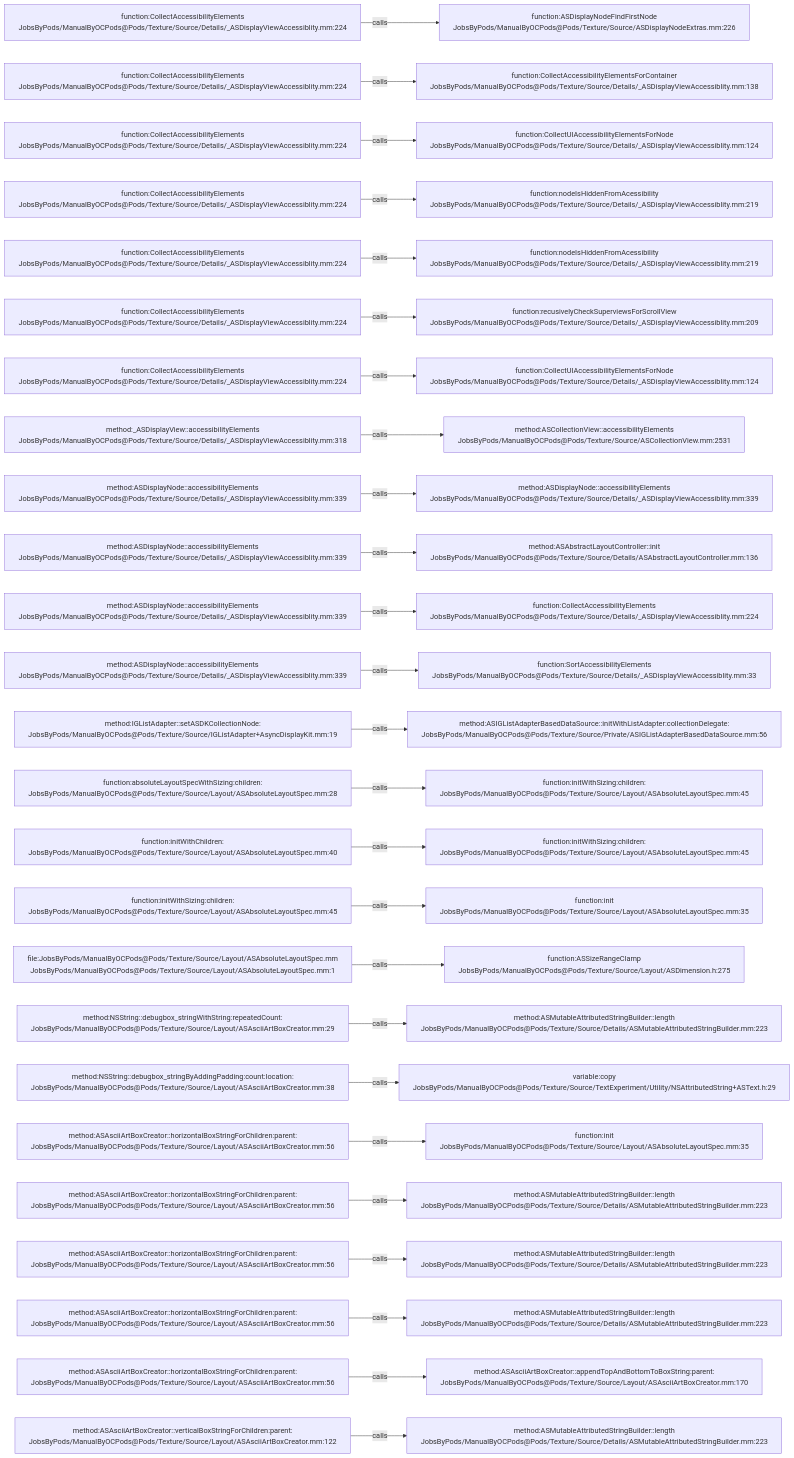
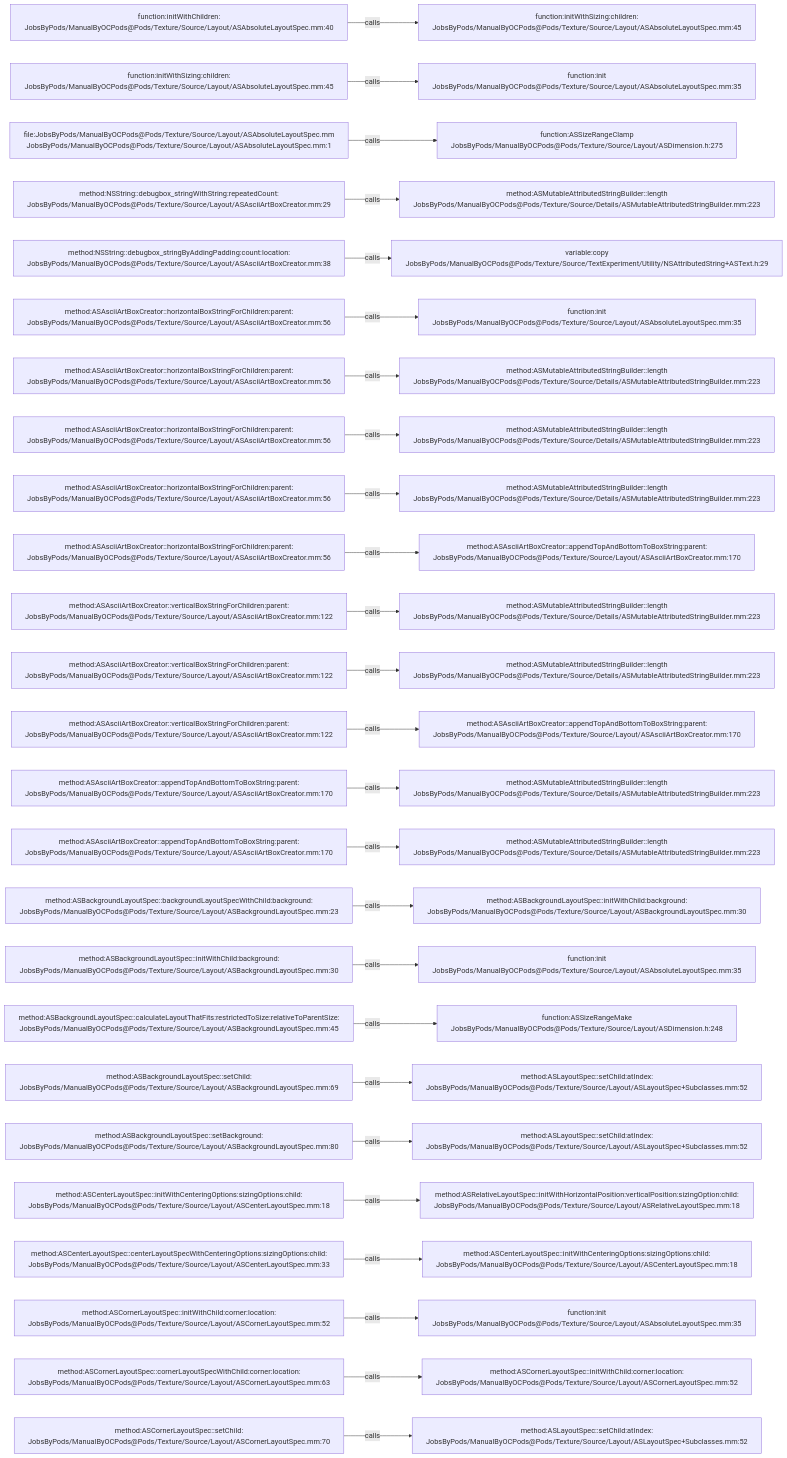
One commit to JobsKits/JobsOCBaseConfigDemo changed the diagram in .codegraph/codegraph.md/graphs/calls-176.md. Above: the diagram before and after it, drawn with Mermaid. The commit also changed 296 other files, not shown here.

````diff
--- a/.codegraph/codegraph.md/graphs/calls-176.md
+++ b/.codegraph/codegraph.md/graphs/calls-176.md
@@ -13,78 +13,78 @@
 ```mermaid
 flowchart LR
-  S1["function:CollectAccessibilityElements<br/>JobsByPods/ManualByOCPods@Pods/Texture/Source/Details/_ASDisplayViewAccessiblity.mm:224"]
-  T1["function:ASDisplayNodeFindFirstNode<br/>JobsByPods/ManualByOCPods@Pods/Texture/Source/ASDisplayNodeExtras.mm:226"]
+  S1["function:initWithChildren:<br/>JobsByPods/ManualByOCPods@Pods/Texture/Source/Layout/ASAbsoluteLayoutSpec.mm:40"]
+  T1["function:initWithSizing:children:<br/>JobsByPods/ManualByOCPods@Pods/Texture/Source/Layout/ASAbsoluteLayoutSpec.mm:45"]
   S1 -->|calls| T1
-  S2["function:CollectAccessibilityElements<br/>JobsByPods/ManualByOCPods@Pods/Texture/Source/Details/_ASDisplayViewAccessiblity.mm:224"]
-  T2["function:CollectAccessibilityElementsForContainer<br/>JobsByPods/ManualByOCPods@Pods/Texture/Source/Details/_ASDisplayViewAccessiblity.mm:138"]
+  S2["function:initWithSizing:children:<br/>JobsByPods/ManualByOCPods@Pods/Texture/Source/Layout/ASAbsoluteLayoutSpec.mm:45"]
+  T2["function:init<br/>JobsByPods/ManualByOCPods@Pods/Texture/Source/Layout/ASAbsoluteLayoutSpec.mm:35"]
   S2 -->|calls| T2
-  S3["function:CollectAccessibilityElements<br/>JobsByPods/ManualByOCPods@Pods/Texture/Source/Details/_ASDisplayViewAccessiblity.mm:224"]
-  T3["function:CollectUIAccessibilityElementsForNode<br/>JobsByPods/ManualByOCPods@Pods/Texture/Source/Details/_ASDisplayViewAccessiblity.mm:124"]
+  S3["file:JobsByPods/ManualByOCPods@Pods/Texture/Source/Layout/ASAbsoluteLayoutSpec.mm<br/>JobsByPods/ManualByOCPods@Pods/Texture/Source/Layout/ASAbsoluteLayoutSpec.mm:1"]
+  T3["function:ASSizeRangeClamp<br/>JobsByPods/ManualByOCPods@Pods/Texture/Source/Layout/ASDimension.h:275"]
   S3 -->|calls| T3
-  S4["function:CollectAccessibilityElements<br/>JobsByPods/ManualByOCPods@Pods/Texture/Source/Details/_ASDisplayViewAccessiblity.mm:224"]
-  T4["function:nodeIsHiddenFromAcessibility<br/>JobsByPods/ManualByOCPods@Pods/Texture/Source/Details/_ASDisplayViewAccessiblity.mm:219"]
+  S4["method:NSString::debugbox_stringWithString:repeatedCount:<br/>JobsByPods/ManualByOCPods@Pods/Texture/Source/Layout/ASAsciiArtBoxCreator.mm:29"]
+  T4["method:ASMutableAttributedStringBuilder::length<br/>JobsByPods/ManualByOCPods@Pods/Texture/Source/Details/ASMutableAttributedStringBuilder.mm:223"]
   S4 -->|calls| T4
-  S5["function:CollectAccessibilityElements<br/>JobsByPods/ManualByOCPods@Pods/Texture/Source/Details/_ASDisplayViewAccessiblity.mm:224"]
-  T5["function:nodeIsHiddenFromAcessibility<br/>JobsByPods/ManualByOCPods@Pods/Texture/Source/Details/_ASDisplayViewAccessiblity.mm:219"]
+  S5["method:NSString::debugbox_stringByAddingPadding:count:location:<br/>JobsByPods/ManualByOCPods@Pods/Texture/Source/Layout/ASAsciiArtBoxCreator.mm:38"]
+  T5["variable:copy<br/>JobsByPods/ManualByOCPods@Pods/Texture/Source/TextExperiment/Utility/NSAttributedString+ASText.h:29"]
   S5 -->|calls| T5
-  S6["function:CollectAccessibilityElements<br/>JobsByPods/ManualByOCPods@Pods/Texture/Source/Details/_ASDisplayViewAccessiblity.mm:224"]
-  T6["function:recusivelyCheckSuperviewsForScrollView<br/>JobsByPods/ManualByOCPods@Pods/Texture/Source/Details/_ASDisplayViewAccessiblity.mm:209"]
+  S6["method:ASAsciiArtBoxCreator::horizontalBoxStringForChildren:parent:<br/>JobsByPods/ManualByOCPods@Pods/Texture/Source/Layout/ASAsciiArtBoxCreator.mm:56"]
+  T6["function:init<br/>JobsByPods/ManualByOCPods@Pods/Texture/Source/Layout/ASAbsoluteLayoutSpec.mm:35"]
   S6 -->|calls| T6
-  S7["function:CollectAccessibilityElements<br/>JobsByPods/ManualByOCPods@Pods/Texture/Source/Details/_ASDisplayViewAccessiblity.mm:224"]
-  T7["function:CollectUIAccessibilityElementsForNode<br/>JobsByPods/ManualByOCPods@Pods/Texture/Source/Details/_ASDisplayViewAccessiblity.mm:124"]
+  S7["method:ASAsciiArtBoxCreator::horizontalBoxStringForChildren:parent:<br/>JobsByPods/ManualByOCPods@Pods/Texture/Source/Layout/ASAsciiArtBoxCreator.mm:56"]
+  T7["method:ASMutableAttributedStringBuilder::length<br/>JobsByPods/ManualByOCPods@Pods/Texture/Source/Details/ASMutableAttributedStringBuilder.mm:223"]
   S7 -->|calls| T7
-  S8["method:_ASDisplayView::accessibilityElements<br/>JobsByPods/ManualByOCPods@Pods/Texture/Source/Details/_ASDisplayViewAccessiblity.mm:318"]
-  T8["method:ASCollectionView::accessibilityElements<br/>JobsByPods/ManualByOCPods@Pods/Texture/Source/ASCollectionView.mm:2531"]
+  S8["method:ASAsciiArtBoxCreator::horizontalBoxStringForChildren:parent:<br/>JobsByPods/ManualByOCPods@Pods/Texture/Source/Layout/ASAsciiArtBoxCreator.mm:56"]
+  T8["method:ASMutableAttributedStringBuilder::length<br/>JobsByPods/ManualByOCPods@Pods/Texture/Source/Details/ASMutableAttributedStringBuilder.mm:223"]
   S8 -->|calls| T8
-  S9["method:ASDisplayNode::accessibilityElements<br/>JobsByPods/ManualByOCPods@Pods/Texture/Source/Details/_ASDisplayViewAccessiblity.mm:339"]
-  T9["method:ASDisplayNode::accessibilityElements<br/>JobsByPods/ManualByOCPods@Pods/Texture/Source/Details/_ASDisplayViewAccessiblity.mm:339"]
+  S9["method:ASAsciiArtBoxCreator::horizontalBoxStringForChildren:parent:<br/>JobsByPods/ManualByOCPods@Pods/Texture/Source/Layout/ASAsciiArtBoxCreator.mm:56"]
+  T9["method:ASMutableAttributedStringBuilder::length<br/>JobsByPods/ManualByOCPods@Pods/Texture/Source/Details/ASMutableAttributedStringBuilder.mm:223"]
   S9 -->|calls| T9
-  S10["method:ASDisplayNode::accessibilityElements<br/>JobsByPods/ManualByOCPods@Pods/Texture/Source/Details/_ASDisplayViewAccessiblity.mm:339"]
-  T10["method:ASAbstractLayoutController::init<br/>JobsByPods/ManualByOCPods@Pods/Texture/Source/Details/ASAbstractLayoutController.mm:136"]
+  S10["method:ASAsciiArtBoxCreator::horizontalBoxStringForChildren:parent:<br/>JobsByPods/ManualByOCPods@Pods/Texture/Source/Layout/ASAsciiArtBoxCreator.mm:56"]
+  T10["method:ASAsciiArtBoxCreator::appendTopAndBottomToBoxString:parent:<br/>JobsByPods/ManualByOCPods@Pods/Texture/Source/Layout/ASAsciiArtBoxCreator.mm:170"]
   S10 -->|calls| T10
-  S11["method:ASDisplayNode::accessibilityElements<br/>JobsByPods/ManualByOCPods@Pods/Texture/Source/Details/_ASDisplayViewAccessiblity.mm:339"]
-  T11["function:CollectAccessibilityElements<br/>JobsByPods/ManualByOCPods@Pods/Texture/Source/Details/_ASDisplayViewAccessiblity.mm:224"]
+  S11["method:ASAsciiArtBoxCreator::verticalBoxStringForChildren:parent:<br/>JobsByPods/ManualByOCPods@Pods/Texture/Source/Layout/ASAsciiArtBoxCreator.mm:122"]
+  T11["method:ASMutableAttributedStringBuilder::length<br/>JobsByPods/ManualByOCPods@Pods/Texture/Source/Details/ASMutableAttributedStringBuilder.mm:223"]
   S11 -->|calls| T11
-  S12["method:ASDisplayNode::accessibilityElements<br/>JobsByPods/ManualByOCPods@Pods/Texture/Source/Details/_ASDisplayViewAccessiblity.mm:339"]
-  T12["function:SortAccessibilityElements<br/>JobsByPods/ManualByOCPods@Pods/Texture/Source/Details/_ASDisplayViewAccessiblity.mm:33"]
+  S12["method:ASAsciiArtBoxCreator::verticalBoxStringForChildren:parent:<br/>JobsByPods/ManualByOCPods@Pods/Texture/Source/Layout/ASAsciiArtBoxCreator.mm:122"]
+  T12["method:ASMutableAttributedStringBuilder::length<br/>JobsByPods/ManualByOCPods@Pods/Texture/Source/Details/ASMutableAttributedStringBuilder.mm:223"]
   S12 -->|calls| T12
-  S13["method:IGListAdapter::setASDKCollectionNode:<br/>JobsByPods/ManualByOCPods@Pods/Texture/Source/IGListAdapter+AsyncDisplayKit.mm:19"]
-  T13["method:ASIGListAdapterBasedDataSource::initWithListAdapter:collectionDelegate:<br/>JobsByPods/ManualByOCPods@Pods/Texture/Source/Private/ASIGListAdapterBasedDataSource.mm:56"]
+  S13["method:ASAsciiArtBoxCreator::verticalBoxStringForChildren:parent:<br/>JobsByPods/ManualByOCPods@Pods/Texture/Source/Layout/ASAsciiArtBoxCreator.mm:122"]
+  T13["method:ASAsciiArtBoxCreator::appendTopAndBottomToBoxString:parent:<br/>JobsByPods/ManualByOCPods@Pods/Texture/Source/Layout/ASAsciiArtBoxCreator.mm:170"]
   S13 -->|calls| T13
-  S14["function:absoluteLayoutSpecWithSizing:children:<br/>JobsByPods/ManualByOCPods@Pods/Texture/Source/Layout/ASAbsoluteLayoutSpec.mm:28"]
-  T14["function:initWithSizing:children:<br/>JobsByPods/ManualByOCPods@Pods/Texture/Source/Layout/ASAbsoluteLayoutSpec.mm:45"]
+  S14["method:ASAsciiArtBoxCreator::appendTopAndBottomToBoxString:parent:<br/>JobsByPods/ManualByOCPods@Pods/Texture/Source/Layout/ASAsciiArtBoxCreator.mm:170"]
+  T14["method:ASMutableAttributedStringBuilder::length<br/>JobsByPods/ManualByOCPods@Pods/Texture/Source/Details/ASMutableAttributedStringBuilder.mm:223"]
   S14 -->|calls| T14
-  S15["function:initWithChildren:<br/>JobsByPods/ManualByOCPods@Pods/Texture/Source/Layout/ASAbsoluteLayoutSpec.mm:40"]
-  T15["function:initWithSizing:children:<br/>JobsByPods/ManualByOCPods@Pods/Texture/Source/Layout/ASAbsoluteLayoutSpec.mm:45"]
+  S15["method:ASAsciiArtBoxCreator::appendTopAndBottomToBoxString:parent:<br/>JobsByPods/ManualByOCPods@Pods/Texture/Source/Layout/ASAsciiArtBoxCreator.mm:170"]
+  T15["method:ASMutableAttributedStringBuilder::length<br/>JobsByPods/ManualByOCPods@Pods/Texture/Source/Details/ASMutableAttributedStringBuilder.mm:223"]
   S15 -->|calls| T15
-  S16["function:initWithSizing:children:<br/>JobsByPods/ManualByOCPods@Pods/Texture/Source/Layout/ASAbsoluteLayoutSpec.mm:45"]
-  T16["function:init<br/>JobsByPods/ManualByOCPods@Pods/Texture/Source/Layout/ASAbsoluteLayoutSpec.mm:35"]
+  S16["method:ASBackgroundLayoutSpec::backgroundLayoutSpecWithChild:background:<br/>JobsByPods/ManualByOCPods@Pods/Texture/Source/Layout/ASBackgroundLayoutSpec.mm:23"]
+  T16["method:ASBackgroundLayoutSpec::initWithChild:background:<br/>JobsByPods/ManualByOCPods@Pods/Texture/Source/Layout/ASBackgroundLayoutSpec.mm:30"]
   S16 -->|calls| T16
-  S17["file:JobsByPods/ManualByOCPods@Pods/Texture/Source/Layout/ASAbsoluteLayoutSpec.mm<br/>JobsByPods/ManualByOCPods@Pods/Texture/Source/Layout/ASAbsoluteLayoutSpec.mm:1"]
-  T17["function:ASSizeRangeClamp<br/>JobsByPods/ManualByOCPods@Pods/Texture/Source/Layout/ASDimension.h:275"]
+  S17["method:ASBackgroundLayoutSpec::initWithChild:background:<br/>JobsByPods/ManualByOCPods@Pods/Texture/Source/Layout/ASBackgroundLayoutSpec.mm:30"]
+  T17["function:init<br/>JobsByPods/ManualByOCPods@Pods/Texture/Source/Layout/ASAbsoluteLayoutSpec.mm:35"]
   S17 -->|calls| T17
-  S18["method:NSString::debugbox_stringWithString:repeatedCount:<br/>JobsByPods/ManualByOCPods@Pods/Texture/Source/Layout/ASAsciiArtBoxCreator.mm:29"]
-  T18["method:ASMutableAttributedStringBuilder::length<br/>JobsByPods/ManualByOCPods@Pods/Texture/Source/Details/ASMutableAttributedStringBuilder.mm:223"]
+  S18["method:ASBackgroundLayoutSpec::calculateLayoutThatFits:restrictedToSize:relativeToParentSize:<br/>JobsByPods/ManualByOCPods@Pods/Texture/Source/Layout/ASBackgroundLayoutSpec.mm:45"]
+  T18["function:ASSizeRangeMake<br/>JobsByPods/ManualByOCPods@Pods/Texture/Source/Layout/ASDimension.h:248"]
   S18 -->|calls| T18
-  S19["method:NSString::debugbox_stringByAddingPadding:count:location:<br/>JobsByPods/ManualByOCPods@Pods/Texture/Source/Layout/ASAsciiArtBoxCreator.mm:38"]
-  T19["variable:copy<br/>JobsByPods/ManualByOCPods@Pods/Texture/Source/TextExperiment/Utility/NSAttributedString+ASText.h:29"]
+  S19["method:ASBackgroundLayoutSpec::setChild:<br/>JobsByPods/ManualByOCPods@Pods/Texture/Source/Layout/ASBackgroundLayoutSpec.mm:69"]
+  T19["method:ASLayoutSpec::setChild:atIndex:<br/>JobsByPods/ManualByOCPods@Pods/Texture/Source/Layout/ASLayoutSpec+Subclasses.mm:52"]
   S19 -->|calls| T19
-  S20["method:ASAsciiArtBoxCreator::horizontalBoxStringForChildren:parent:<br/>JobsByPods/ManualByOCPods@Pods/Texture/Source/Layout/ASAsciiArtBoxCreator.mm:56"]
-  T20["function:init<br/>JobsByPods/ManualByOCPods@Pods/Texture/Source/Layout/ASAbsoluteLayoutSpec.mm:35"]
+  S20["method:ASBackgroundLayoutSpec::setBackground:<br/>JobsByPods/ManualByOCPods@Pods/Texture/Source/Layout/ASBackgroundLayoutSpec.mm:80"]
+  T20["method:ASLayoutSpec::setChild:atIndex:<br/>JobsByPods/ManualByOCPods@Pods/Texture/Source/Layout/ASLayoutSpec+Subclasses.mm:52"]
   S20 -->|calls| T20
-  S21["method:ASAsciiArtBoxCreator::horizontalBoxStringForChildren:parent:<br/>JobsByPods/ManualByOCPods@Pods/Texture/Source/Layout/ASAsciiArtBoxCreator.mm:56"]
-  T21["method:ASMutableAttributedStringBuilder::length<br/>JobsByPods/ManualByOCPods@Pods/Texture/Source/Details/ASMutableAttributedStringBuilder.mm:223"]
+  S21["method:ASCenterLayoutSpec::initWithCenteringOptions:sizingOptions:child:<br/>JobsByPods/ManualByOCPods@Pods/Texture/Source/Layout/ASCenterLayoutSpec.mm:18"]
+  T21["method:ASRelativeLayoutSpec::initWithHorizontalPosition:verticalPosition:sizingOption:child:<br/>JobsByPods/ManualByOCPods@Pods/Texture/Source/Layout/ASRelativeLayoutSpec.mm:18"]
   S21 -->|calls| T21
-  S22["method:ASAsciiArtBoxCreator::horizontalBoxStringForChildren:parent:<br/>JobsByPods/ManualByOCPods@Pods/Texture/Source/Layout/ASAsciiArtBoxCreator.mm:56"]
-  T22["method:ASMutableAttributedStringBuilder::length<br/>JobsByPods/ManualByOCPods@Pods/Texture/Source/Details/ASMutableAttributedStringBuilder.mm:223"]
+  S22["method:ASCenterLayoutSpec::centerLayoutSpecWithCenteringOptions:sizingOptions:child:<br/>JobsByPods/ManualByOCPods@Pods/Texture/Source/Layout/ASCenterLayoutSpec.mm:33"]
+  T22["method:ASCenterLayoutSpec::initWithCenteringOptions:sizingOptions:child:<br/>JobsByPods/ManualByOCPods@Pods/Texture/Source/Layout/ASCenterLayoutSpec.mm:18"]
   S22 -->|calls| T22
-  S23["method:ASAsciiArtBoxCreator::horizontalBoxStringForChildren:parent:<br/>JobsByPods/ManualByOCPods@Pods/Texture/Source/Layout/ASAsciiArtBoxCreator.mm:56"]
-  T23["method:ASMutableAttributedStringBuilder::length<br/>JobsByPods/ManualByOCPods@Pods/Texture/Source/Details/ASMutableAttributedStringBuilder.mm:223"]
+  S23["method:ASCornerLayoutSpec::initWithChild:corner:location:<br/>JobsByPods/ManualByOCPods@Pods/Texture/Source/Layout/ASCornerLayoutSpec.mm:52"]
+  T23["function:init<br/>JobsByPods/ManualByOCPods@Pods/Texture/Source/Layout/ASAbsoluteLayoutSpec.mm:35"]
   S23 -->|calls| T23
-  S24["method:ASAsciiArtBoxCreator::horizontalBoxStringForChildren:parent:<br/>JobsByPods/ManualByOCPods@Pods/Texture/Source/Layout/ASAsciiArtBoxCreator.mm:56"]
-  T24["method:ASAsciiArtBoxCreator::appendTopAndBottomToBoxString:parent:<br/>JobsByPods/ManualByOCPods@Pods/Texture/Source/Layout/ASAsciiArtBoxCreator.mm:170"]
+  S24["method:ASCornerLayoutSpec::cornerLayoutSpecWithChild:corner:location:<br/>JobsByPods/ManualByOCPods@Pods/Texture/Source/Layout/ASCornerLayoutSpec.mm:63"]
+  T24["method:ASCornerLayoutSpec::initWithChild:corner:location:<br/>JobsByPods/ManualByOCPods@Pods/Texture/Source/Layout/ASCornerLayoutSpec.mm:52"]
   S24 -->|calls| T24
-  S25["method:ASAsciiArtBoxCreator::verticalBoxStringForChildren:parent:<br/>JobsByPods/ManualByOCPods@Pods/Texture/Source/Layout/ASAsciiArtBoxCreator.mm:122"]
-  T25["method:ASMutableAttributedStringBuilder::length<br/>JobsByPods/ManualByOCPods@Pods/Texture/Source/Details/ASMutableAttributedStringBuilder.mm:223"]
+  S25["method:ASCornerLayoutSpec::setChild:<br/>JobsByPods/ManualByOCPods@Pods/Texture/Source/Layout/ASCornerLayoutSpec.mm:70"]
+  T25["method:ASLayoutSpec::setChild:atIndex:<br/>JobsByPods/ManualByOCPods@Pods/Texture/Source/Layout/ASLayoutSpec+Subclasses.mm:52"]
   S25 -->|calls| T25
 ```
````
